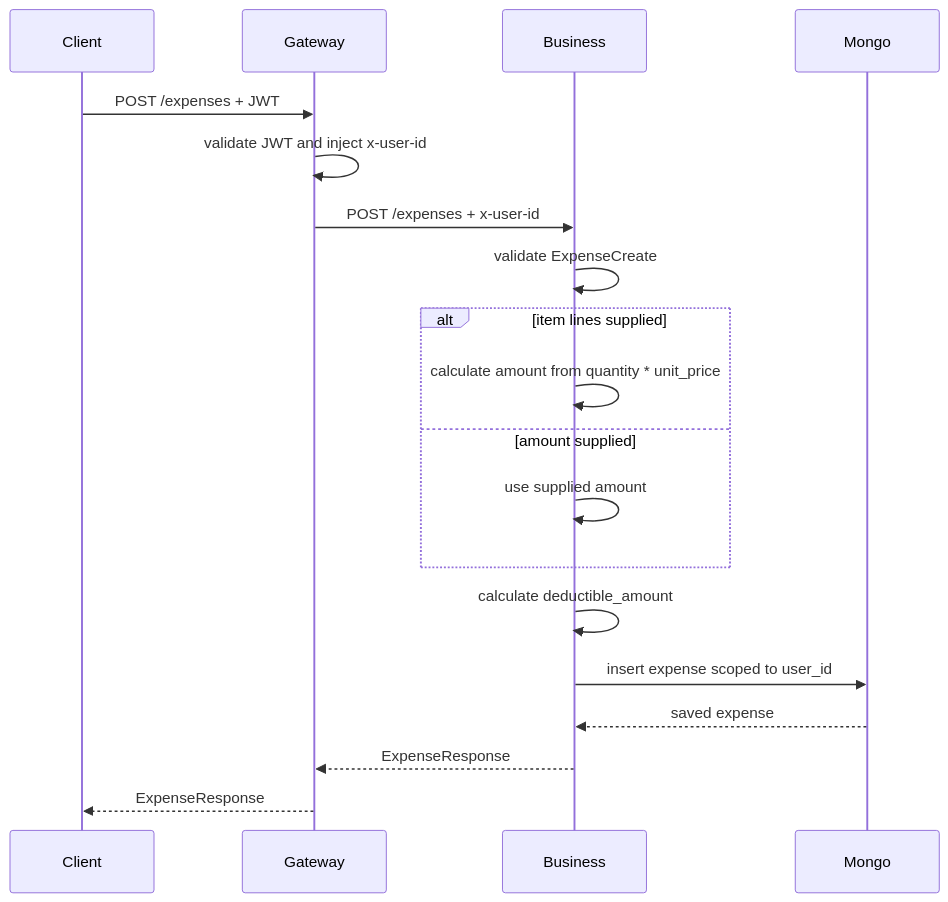
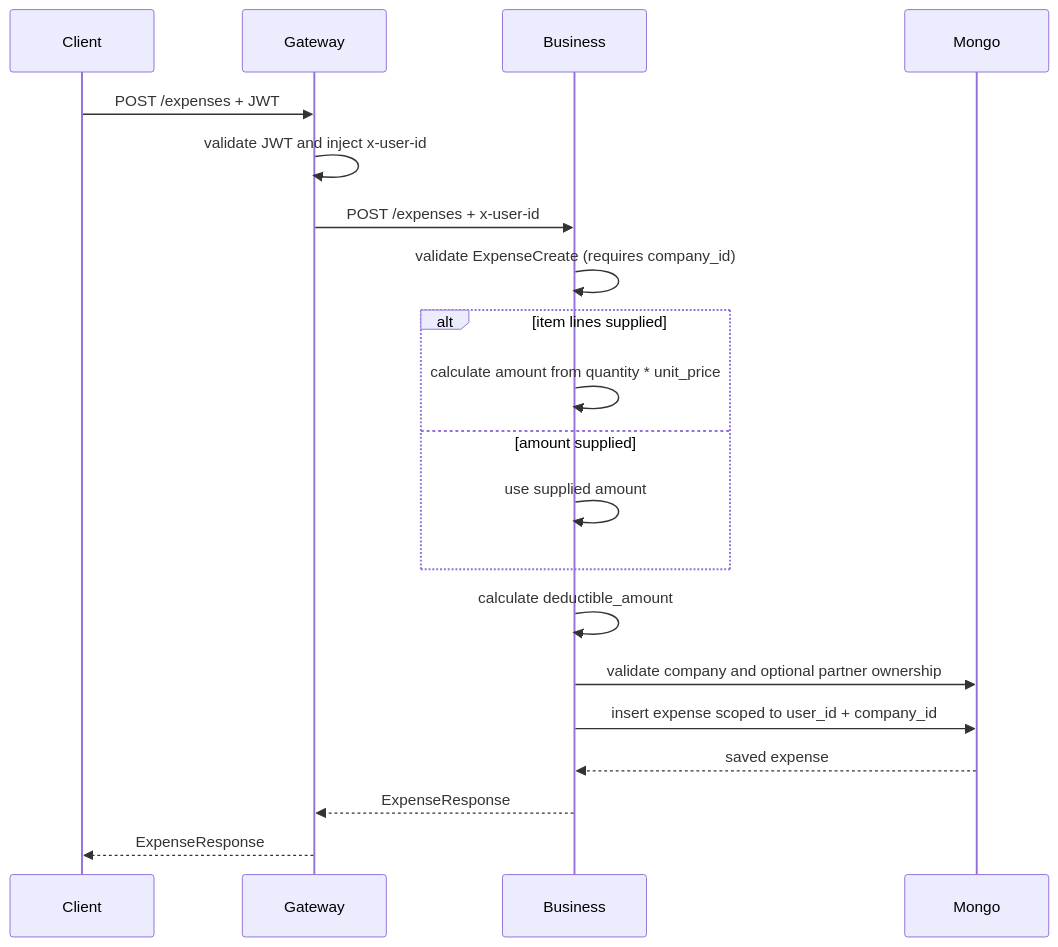
The fifth of 9 diagrams in docs/services/business/data-flow.md (valiobar/agents), drawn with Mermaid before and after one commit. The commit also changed other lines of this file and 102 other files, not shown here.

````diff
--- a/docs/services/business/data-flow.md
+++ b/docs/services/business/data-flow.md
@@ -109,22 +109,23 @@
 ```mermaid
 sequenceDiagram
     participant Client
     participant Gateway
     participant Business
     participant Mongo
 
     Client->>Gateway: POST /expenses + JWT
     Gateway->>Gateway: validate JWT and inject x-user-id
     Gateway->>Business: POST /expenses + x-user-id
-    Business->>Business: validate ExpenseCreate
+    Business->>Business: validate ExpenseCreate (requires company_id)
     alt item lines supplied
         Business->>Business: calculate amount from quantity * unit_price
     else amount supplied
         Business->>Business: use supplied amount
     end
     Business->>Business: calculate deductible_amount
-    Business->>Mongo: insert expense scoped to user_id
+    Business->>Mongo: validate company and optional partner ownership
+    Business->>Mongo: insert expense scoped to user_id + company_id
     Mongo-->>Business: saved expense
     Business-->>Gateway: ExpenseResponse
     Gateway-->>Client: ExpenseResponse
 ```
````
